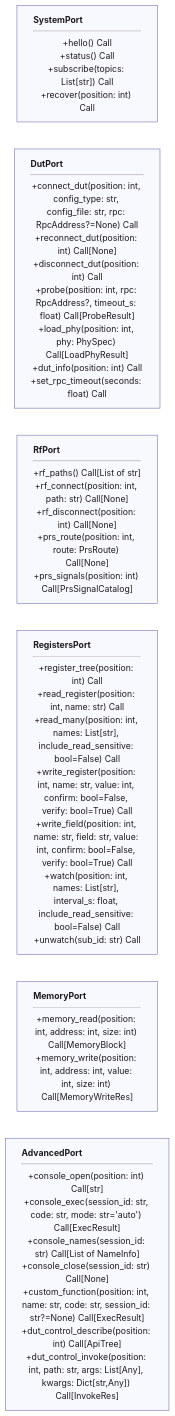
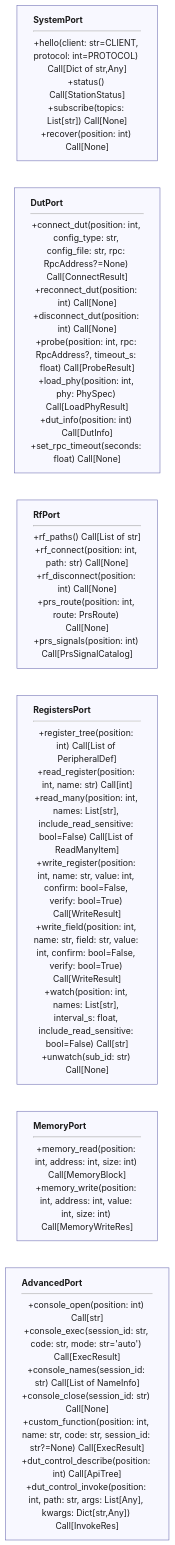
The seventh of 30 diagrams in docs/ARCHITECTURE.md (ShoyonK/sample_ui), drawn with Mermaid before and after one commit. The commit also changed other lines of this file and 315 other files, not shown here.

````diff
--- a/docs/ARCHITECTURE.md
+++ b/docs/ARCHITECTURE.md
@@ -206,12 +206,12 @@
 ```mermaid
 %%{init: {"flowchart": {"curve": "stepBefore"}}}%%
 flowchart LR
     classDef box text-align:left,fill:#f8f8ff,stroke:#6a6ab0,color:#1c1c1c
     classDef stub fill:#ffffff,stroke:#6a6ab0,stroke-dasharray:4 3,color:#1c1c1c
-    SystemPort["<b>SystemPort</b><hr/>+hello() Call<br/>+status() Call<br/>+subscribe(topics: List[str]) Call<br/>+recover(position: int) Call"]:::box
-    DutPort["<b>DutPort</b><hr/>+connect_dut(position: int, config_type: str, config_file: str, rpc: RpcAddress?=None) Call<br/>+reconnect_dut(position: int) Call[None]<br/>+disconnect_dut(position: int) Call<br/>+probe(position: int, rpc: RpcAddress?, timeout_s: float) Call[ProbeResult]<br/>+load_phy(position: int, phy: PhySpec) Call[LoadPhyResult]<br/>+dut_info(position: int) Call<br/>+set_rpc_timeout(seconds: float) Call"]:::box
+    SystemPort["<b>SystemPort</b><hr/>+hello(client: str=CLIENT, protocol: int=PROTOCOL) Call[Dict of str,Any]<br/>+status() Call[StationStatus]<br/>+subscribe(topics: List[str]) Call[None]<br/>+recover(position: int) Call[None]"]:::box
+    DutPort["<b>DutPort</b><hr/>+connect_dut(position: int, config_type: str, config_file: str, rpc: RpcAddress?=None) Call[ConnectResult]<br/>+reconnect_dut(position: int) Call[None]<br/>+disconnect_dut(position: int) Call[None]<br/>+probe(position: int, rpc: RpcAddress?, timeout_s: float) Call[ProbeResult]<br/>+load_phy(position: int, phy: PhySpec) Call[LoadPhyResult]<br/>+dut_info(position: int) Call[DutInfo]<br/>+set_rpc_timeout(seconds: float) Call[None]"]:::box
     RfPort["<b>RfPort</b><hr/>+rf_paths() Call[List of str]<br/>+rf_connect(position: int, path: str) Call[None]<br/>+rf_disconnect(position: int) Call[None]<br/>+prs_route(position: int, route: PrsRoute) Call[None]<br/>+prs_signals(position: int) Call[PrsSignalCatalog]"]:::box
-    RegistersPort["<b>RegistersPort</b><hr/>+register_tree(position: int) Call<br/>+read_register(position: int, name: str) Call<br/>+read_many(position: int, names: List[str], include_read_sensitive: bool=False) Call<br/>+write_register(position: int, name: str, value: int, confirm: bool=False, verify: bool=True) Call<br/>+write_field(position: int, name: str, field: str, value: int, confirm: bool=False, verify: bool=True) Call<br/>+watch(position: int, names: List[str], interval_s: float, include_read_sensitive: bool=False) Call<br/>+unwatch(sub_id: str) Call"]:::box
+    RegistersPort["<b>RegistersPort</b><hr/>+register_tree(position: int) Call[List of PeripheralDef]<br/>+read_register(position: int, name: str) Call[int]<br/>+read_many(position: int, names: List[str], include_read_sensitive: bool=False) Call[List of ReadManyItem]<br/>+write_register(position: int, name: str, value: int, confirm: bool=False, verify: bool=True) Call[WriteResult]<br/>+write_field(position: int, name: str, field: str, value: int, confirm: bool=False, verify: bool=True) Call[WriteResult]<br/>+watch(position: int, names: List[str], interval_s: float, include_read_sensitive: bool=False) Call[str]<br/>+unwatch(sub_id: str) Call[None]"]:::box
     MemoryPort["<b>MemoryPort</b><hr/>+memory_read(position: int, address: int, size: int) Call[MemoryBlock]<br/>+memory_write(position: int, address: int, value: int, size: int) Call[MemoryWriteRes]"]:::box
     AdvancedPort["<b>AdvancedPort</b><hr/>+console_open(position: int) Call[str]<br/>+console_exec(session_id: str, code: str, mode: str='auto') Call[ExecResult]<br/>+console_names(session_id: str) Call[List of NameInfo]<br/>+console_close(session_id: str) Call[None]<br/>+custom_function(position: int, name: str, code: str, session_id: str?=None) Call[ExecResult]<br/>+dut_control_describe(position: int) Call[ApiTree]<br/>+dut_control_invoke(position: int, path: str, args: List[Any], kwargs: Dict[str,Any]) Call[InvokeRes]"]:::box
 ```
````
